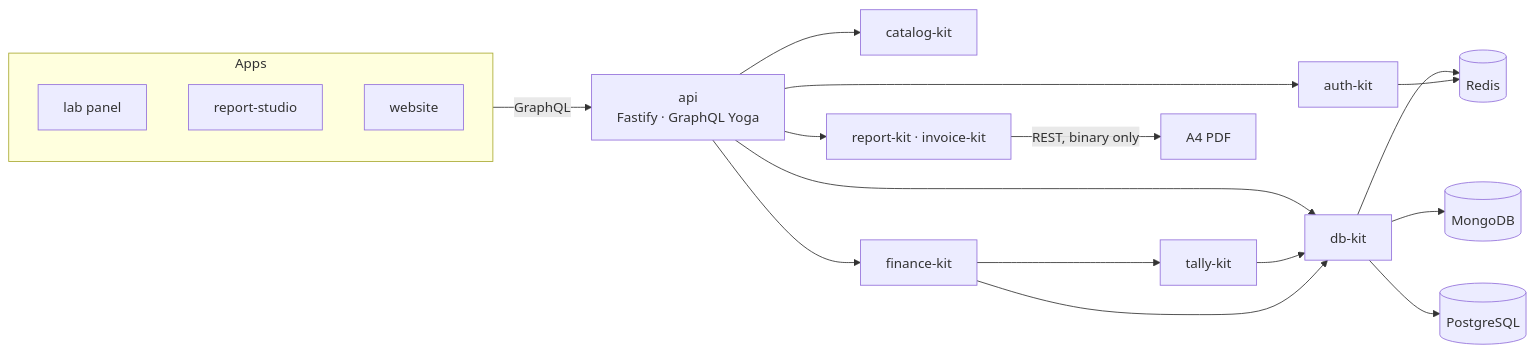
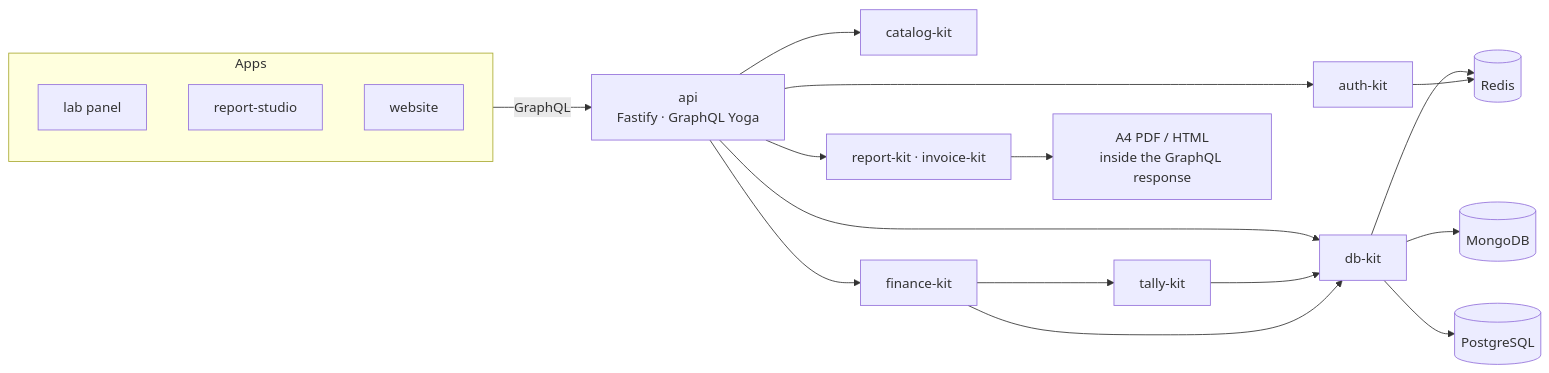
Before and after one commit to mgpl-diagnostics/.github: the diagram in profile/README.md, drawn with Mermaid. The commit also changed other lines of this file and 2 other files, not shown here.

````diff
--- a/profile/README.md
+++ b/profile/README.md
@@ -100,22 +100,22 @@
 ```mermaid
 flowchart LR
   subgraph Apps
     P[lab panel]
     S[report-studio]
     W[website]
   end
   Apps -->|"GraphQL"| API["api<br/>Fastify · GraphQL Yoga"]
   API --> AUTH[auth-kit]
   API --> DB[db-kit]
   API --> CAT[catalog-kit]
   API --> RND["report-kit · invoice-kit"]
   API --> FIN[finance-kit]
   FIN --> BOOKS[tally-kit]
   BOOKS --> DB
   FIN --> DB
   DB --> M[(MongoDB)]
   DB --> PG[(PostgreSQL)]
   DB --> R[(Redis)]
   AUTH --> R
-  RND -->|"REST, binary only"| PDF["A4 PDF"]
+  RND --> PDF["A4 PDF / HTML<br/>inside the GraphQL response"]
 ```
````
